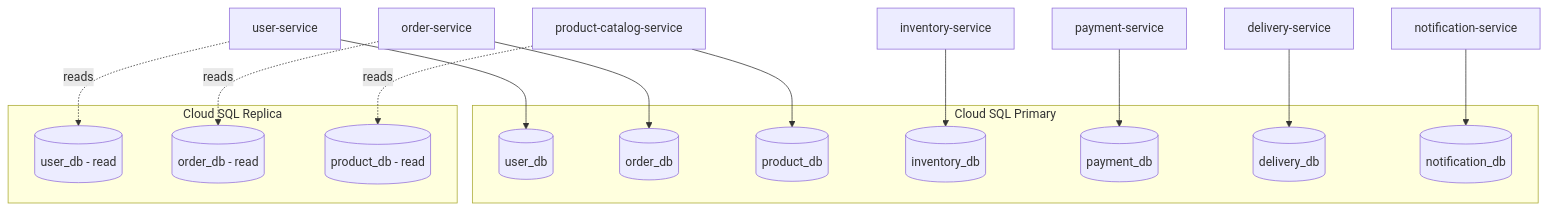
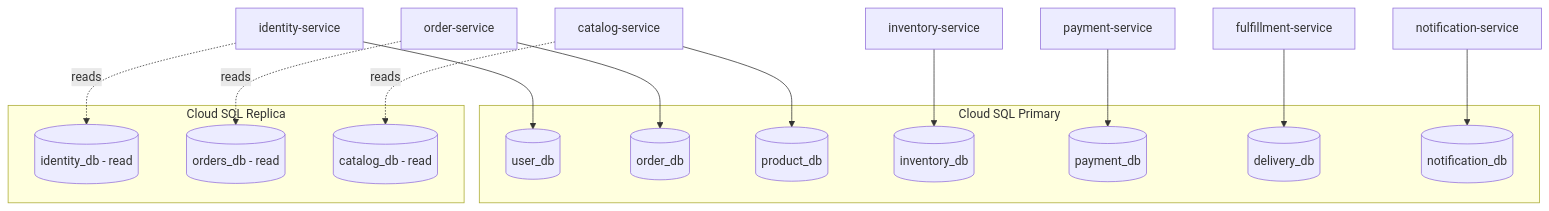
Before and after one commit to sunitakeazycommerz-a11y/InstaCommerce: the eighth of 11 diagrams in docs/architecture/INFRASTRUCTURE.md, drawn with Mermaid. The commit also changed other lines of this file and 77 other files, not shown here.

First line of the commit message:
docs: reconcile monorepo architecture, services and runbooks with codebase truth

````diff
--- a/docs/architecture/INFRASTRUCTURE.md
+++ b/docs/architecture/INFRASTRUCTURE.md
@@ -848,27 +849,27 @@
 ```mermaid
 graph TD
     subgraph Cloud SQL Primary
         DB1[(user_db)]
         DB2[(order_db)]
         DB3[(product_db)]
         DB4[(inventory_db)]
         DB5[(payment_db)]
         DB6[(delivery_db)]
         DB7[(notification_db)]
     end
     subgraph Cloud SQL Replica
-        DB1R[(user_db - read)]
-        DB2R[(order_db - read)]
-        DB3R[(product_db - read)]
+        DB1R[(identity_db - read)]
+        DB2R[(orders_db - read)]
+        DB3R[(catalog_db - read)]
     end
-    US[user-service] --> DB1
+    US[identity-service] --> DB1
     US -.->|reads| DB1R
     OS[order-service] --> DB2
     OS -.->|reads| DB2R
-    PS[product-catalog-service] --> DB3
+    PS[catalog-service] --> DB3
     PS -.->|reads| DB3R
     IS[inventory-service] --> DB4
     PAY[payment-service] --> DB5
-    DS[delivery-service] --> DB6
+    DS[fulfillment-service] --> DB6
     NS[notification-service] --> DB7
 ```
````
